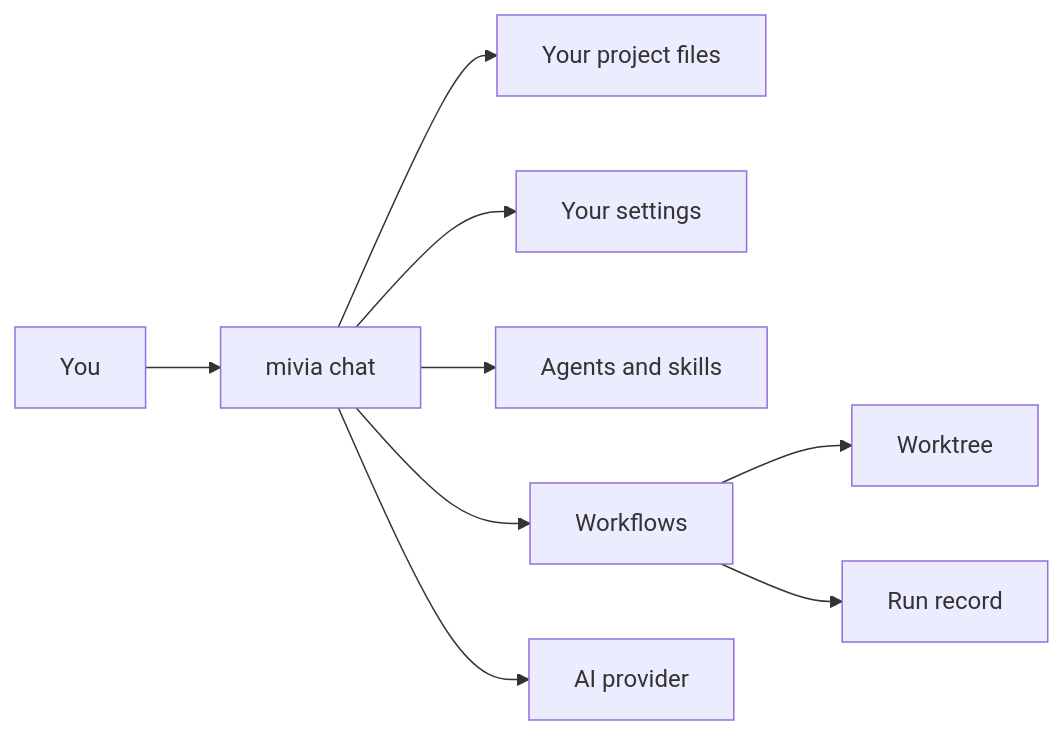
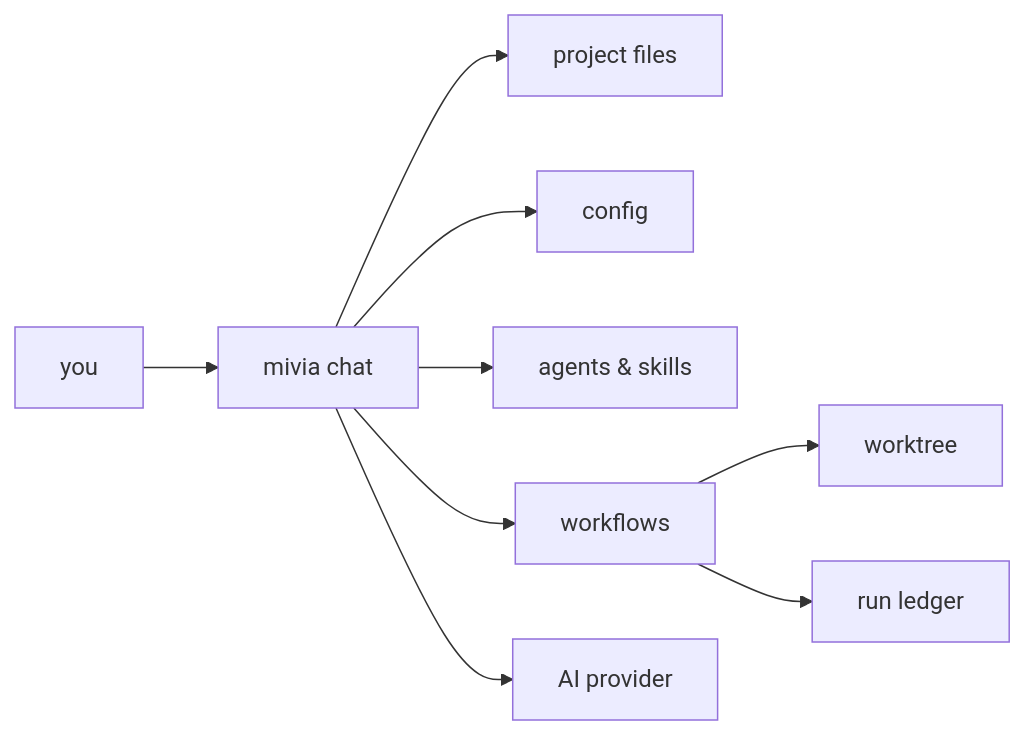
One commit to MiviaLabs/mivia-agent changed the diagram in README.md. Above: the diagram before and after it, drawn with Mermaid. The commit also changed other lines of this file and 80 other files, not shown here.

````diff
--- a/README.md
+++ b/README.md
@@ -59,11 +59,11 @@
 ```mermaid
 flowchart LR
-    You["You"] --> Chat["mivia chat"]
-    Chat --> Files["Your project files"]
-    Chat --> Config["Your settings"]
-    Chat --> Agents["Agents and skills"]
-    Chat --> Workflows["Workflows"]
-    Workflows --> Worktree["Worktree"]
-    Workflows --> Ledger["Run record"]
+    You["you"] --> Chat["mivia chat"]
+    Chat --> Files["project files"]
+    Chat --> Config["config"]
+    Chat --> Agents["agents & skills"]
+    Chat --> Workflows["workflows"]
+    Workflows --> Worktree["worktree"]
+    Workflows --> Ledger["run ledger"]
     Chat --> Provider["AI provider"]
 ```
````
